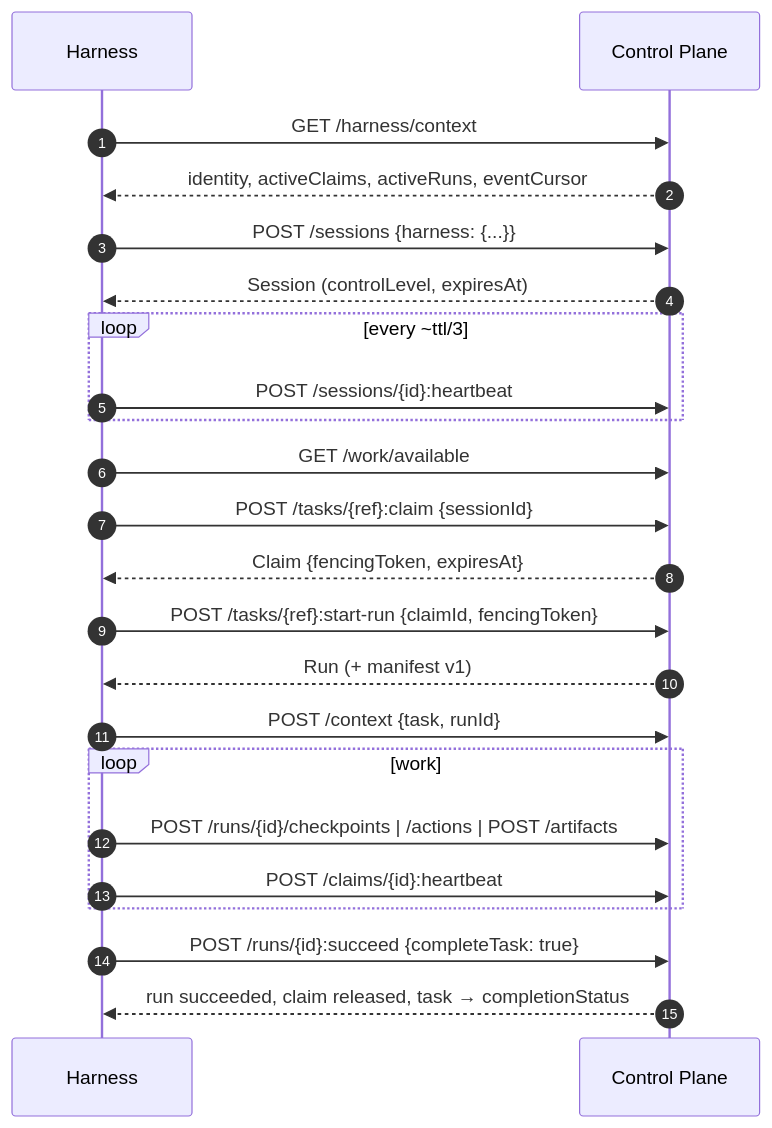
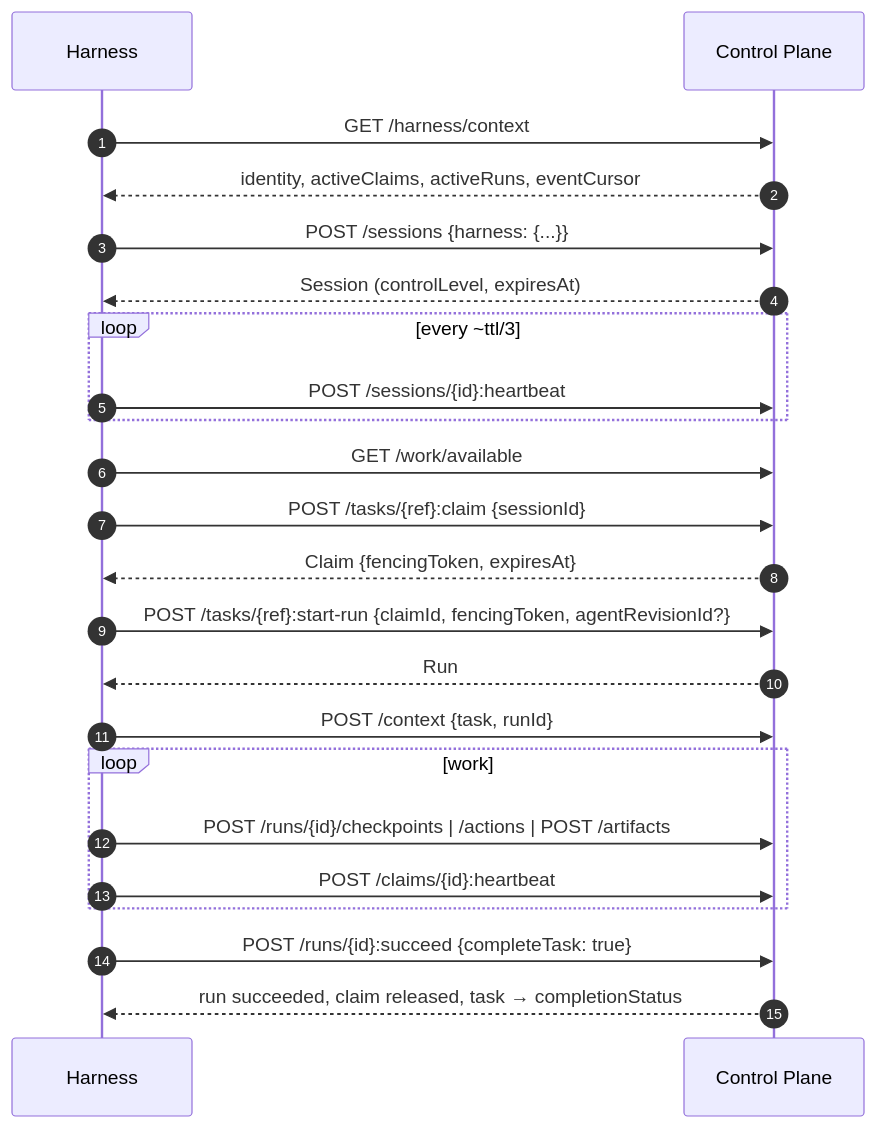
One commit to monthu56/taimen changed the diagram in guide/docs/control-plane/harness-protocol.md. Above: the diagram before and after it, drawn with Mermaid. The commit also changed other lines of this file and 112 other files, not shown here.

````diff
--- a/guide/docs/control-plane/harness-protocol.md
+++ b/guide/docs/control-plane/harness-protocol.md
@@ -42,25 +42,25 @@
 ```mermaid
 sequenceDiagram
     autonumber
     participant H as Harness
     participant CP as Control Plane
     H->>CP: GET /harness/context
     CP-->>H: identity, activeClaims, activeRuns, eventCursor
     H->>CP: POST /sessions {harness: {...}}
     CP-->>H: Session (controlLevel, expiresAt)
     loop every ~ttl/3
         H->>CP: POST /sessions/{id}:heartbeat
     end
     H->>CP: GET /work/available
     H->>CP: POST /tasks/{ref}:claim {sessionId}
     CP-->>H: Claim {fencingToken, expiresAt}
-    H->>CP: POST /tasks/{ref}:start-run {claimId, fencingToken}
-    CP-->>H: Run (+ manifest v1)
+    H->>CP: POST /tasks/{ref}:start-run {claimId, fencingToken, agentRevisionId?}
+    CP-->>H: Run
     H->>CP: POST /context {task, runId}
     loop work
         H->>CP: POST /runs/{id}/checkpoints | /actions | POST /artifacts
         H->>CP: POST /claims/{id}:heartbeat
     end
     H->>CP: POST /runs/{id}:succeed {completeTask: true}
     CP-->>H: run succeeded, claim released, task → completionStatus
 ```
````
